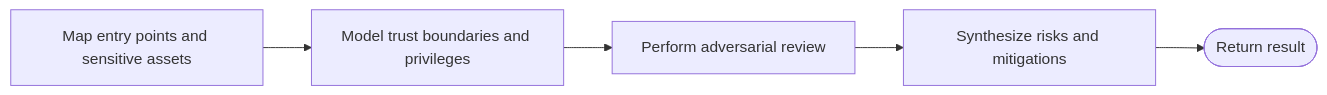
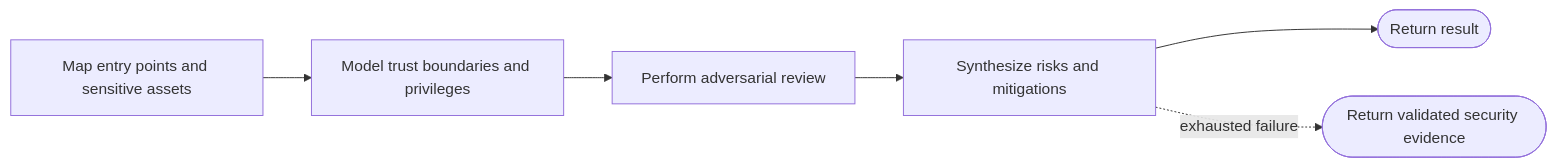
One commit to matthis-k/phenix-agent-harness changed the diagram in modules/phenix-pi/definitions/workflows/sources/security.workflow.md. Above: the diagram before and after it, drawn with Mermaid. The commit also changed other lines of this file and 9 other files, not shown here.

````diff
--- a/modules/phenix-pi/definitions/workflows/sources/security.workflow.md
+++ b/modules/phenix-pi/definitions/workflows/sources/security.workflow.md
@@ -16,7 +16,8 @@
 ```mermaid
 flowchart LR
     surface[Map entry points and sensitive assets] --> threatModel[Model trust boundaries and privileges]
     threatModel --> adversarial[Perform adversarial review]
     adversarial --> finalize[Synthesize risks and mitigations]
     finalize --> return([Return result])
+    finalize -. exhausted failure .-> fallback([Return validated security evidence])
 ```
````
